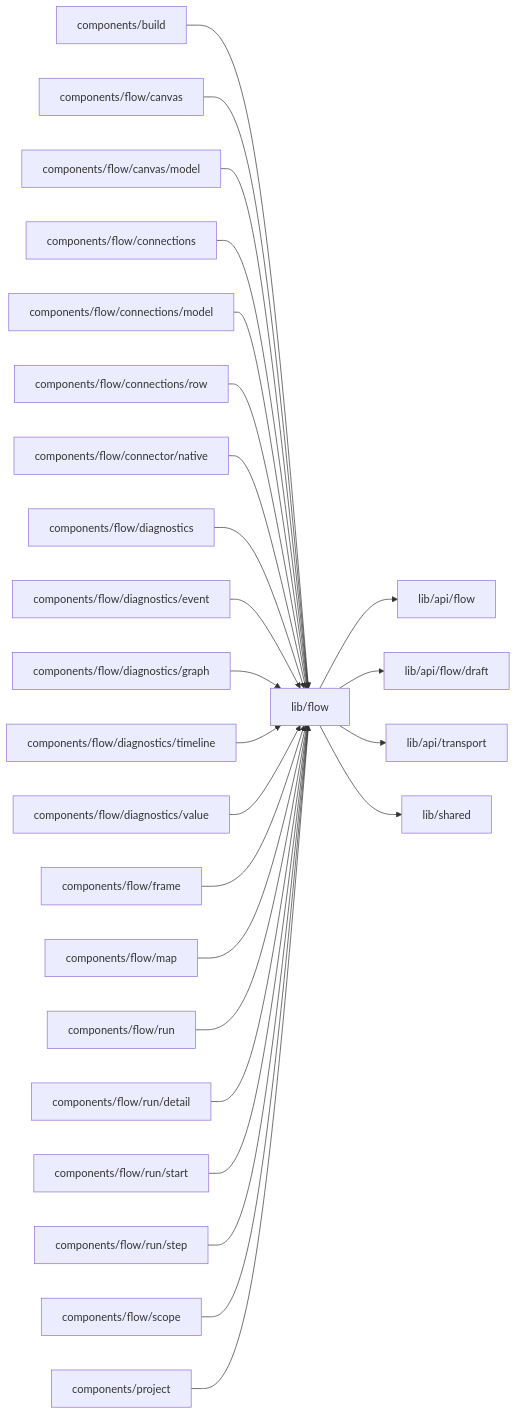
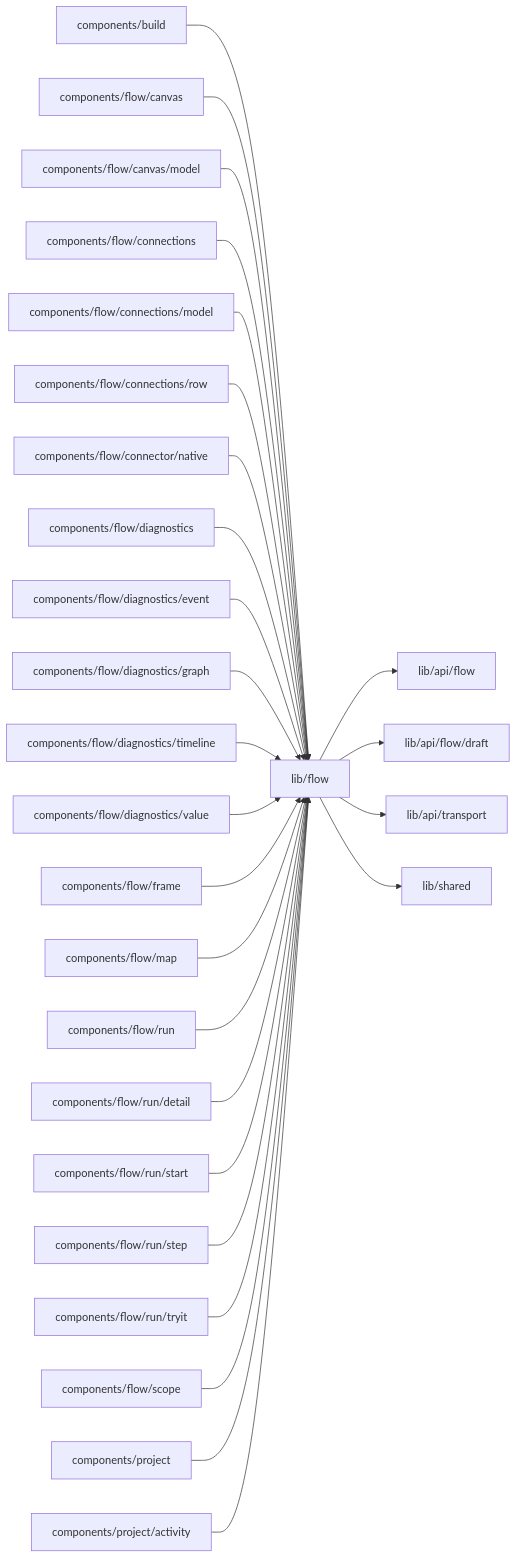
Before and after one commit to superdurable/superverse: the diagram in web/studio/lib/flow/README.md, drawn with Mermaid. The commit also changed other lines of this file and 278 other files, not shown here.

````diff
--- a/web/studio/lib/flow/README.md
+++ b/web/studio/lib/flow/README.md
@@ -10,28 +10,30 @@
 ```mermaid
 flowchart LR
   self["lib/flow"]
   c0["components/build"] --> self
   c1["components/flow/canvas"] --> self
   c2["components/flow/canvas/model"] --> self
   c3["components/flow/connections"] --> self
   c4["components/flow/connections/model"] --> self
   c5["components/flow/connections/row"] --> self
   c6["components/flow/connector/native"] --> self
   c7["components/flow/diagnostics"] --> self
   c8["components/flow/diagnostics/event"] --> self
   c9["components/flow/diagnostics/graph"] --> self
   c10["components/flow/diagnostics/timeline"] --> self
   c11["components/flow/diagnostics/value"] --> self
   c12["components/flow/frame"] --> self
   c13["components/flow/map"] --> self
   c14["components/flow/run"] --> self
   c15["components/flow/run/detail"] --> self
   c16["components/flow/run/start"] --> self
   c17["components/flow/run/step"] --> self
-  c18["components/flow/scope"] --> self
-  c19["components/project"] --> self
+  c18["components/flow/run/tryit"] --> self
+  c19["components/flow/scope"] --> self
+  c20["components/project"] --> self
+  c21["components/project/activity"] --> self
   self --> d0["lib/api/flow"]
   self --> d1["lib/api/flow/draft"]
   self --> d2["lib/api/transport"]
   self --> d3["lib/shared"]
 ```
````
